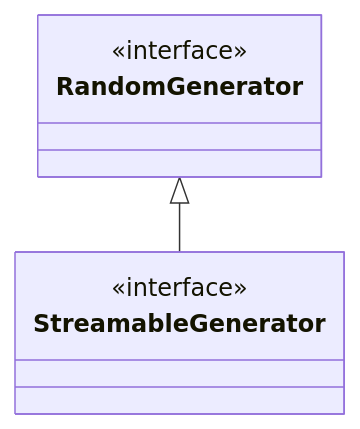
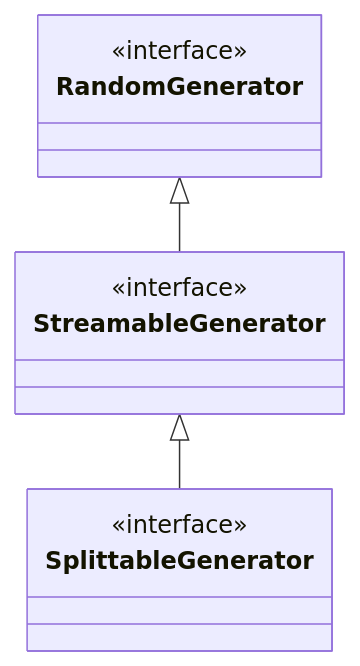
Before and after one commit to cicirello/rho-mu: the diagram in README.md, drawn with Mermaid.

````diff
--- a/README.md
+++ b/README.md
@@ -42,8 +42,11 @@
 ```mermaid
 classDiagram
   class RandomGenerator
   <<interface>> RandomGenerator
   class StreamableGenerator
   <<interface>> StreamableGenerator
   RandomGenerator <|-- StreamableGenerator
+  class SplittableGenerator
+  <<interface>> SplittableGenerator
+  StreamableGenerator <|-- SplittableGenerator
 ```
````
